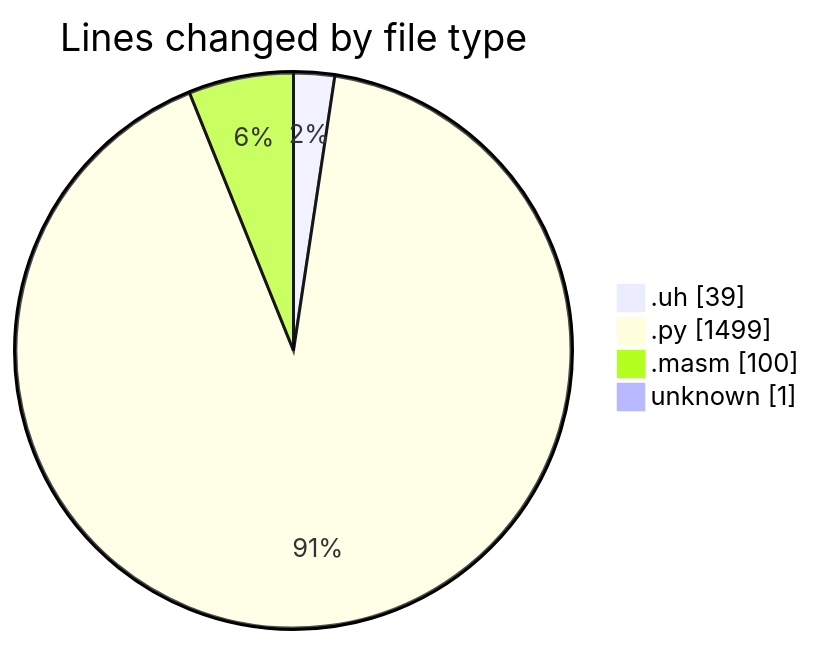
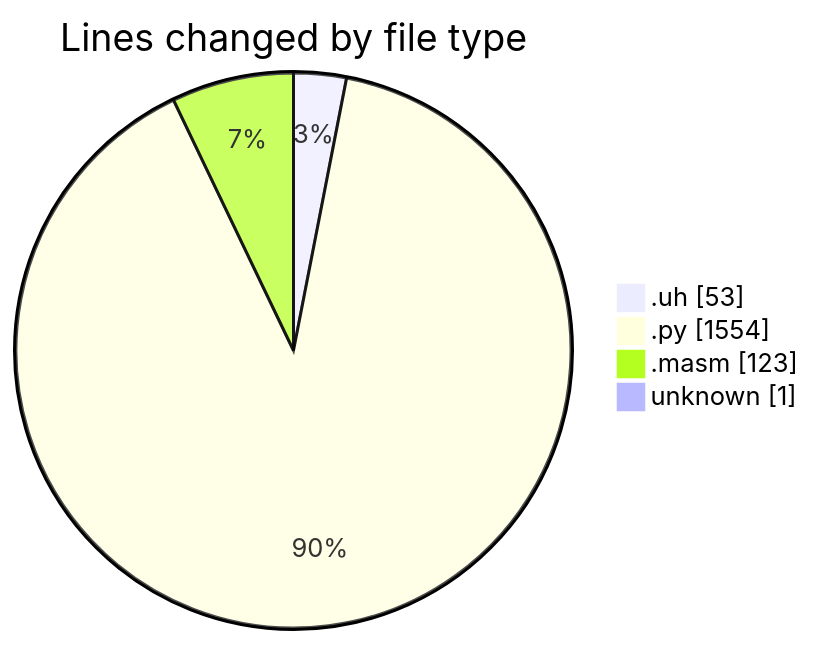
The first of 2 diagrams in 2025-04-29/uhigh-lang/README.md (charlie-sans/code-tracking), drawn with Mermaid before and after one commit. The commit also changed other lines of this file and 1 other file, not shown here.

````diff
--- a/2025-04-29/uhigh-lang/README.md
+++ b/2025-04-29/uhigh-lang/README.md
@@ -26,8 +26,8 @@
 ```mermaid
 pie showData
 title Lines changed by file type
-".uh" : 39
-".py" : 1499
-".masm" : 100
+".uh" : 53
+".py" : 1554
+".masm" : 123
 "unknown" : 1
 ```
````
